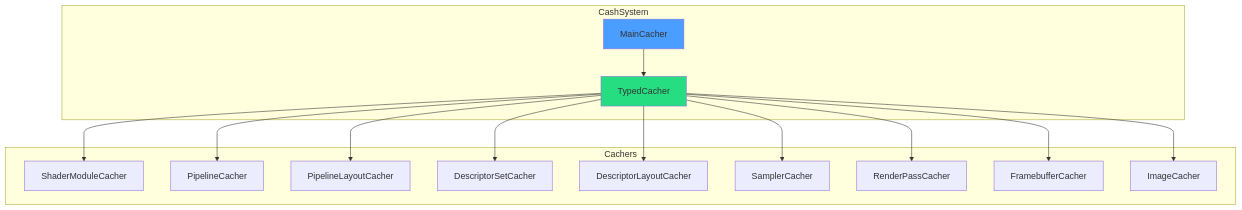
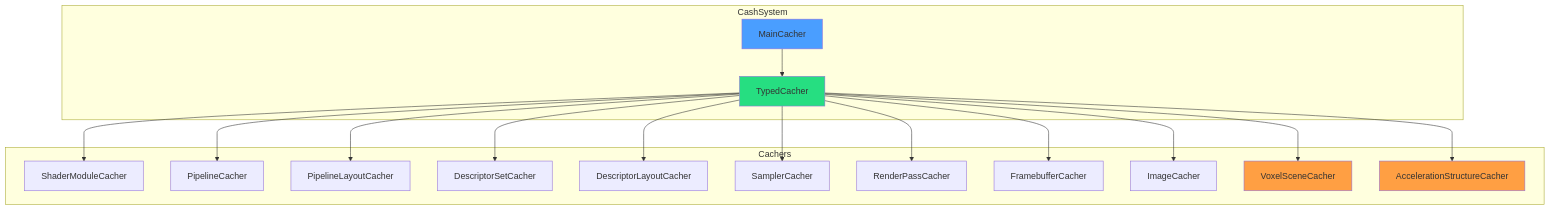
The first of 3 diagrams in VIXEN/Vixen-Docs/Libraries/CashSystem.md (Lint111/VBVS--VIXEN), drawn with Mermaid before and after one commit. The commit also changed other lines of this file and 6 other files, not shown here.

Commit message:
feat(Hardware RT): Finalize cacher integration for voxel scene and acceleration structures

````diff
--- a/VIXEN/Vixen-Docs/Libraries/CashSystem.md
+++ b/VIXEN/Vixen-Docs/Libraries/CashSystem.md
@@ -20,33 +20,39 @@
 ```mermaid
 flowchart TB
     subgraph CashSystem
         MC[MainCacher]
-        TC[TypedCacher<T>]
+        TC[TypedCacher]
     end
 
     subgraph Cachers
         SMC[ShaderModuleCacher]
         PC[PipelineCacher]
         PLC[PipelineLayoutCacher]
         DSC[DescriptorSetCacher]
         DLC[DescriptorLayoutCacher]
         SPC[SamplerCacher]
         RPC[RenderPassCacher]
         FBC[FramebufferCacher]
         IC[ImageCacher]
+        VSC[VoxelSceneCacher]
+        ASC[AccelerationStructureCacher]
     end
 
     MC --> TC
     TC --> SMC
     TC --> PC
     TC --> PLC
     TC --> DSC
     TC --> DLC
     TC --> SPC
     TC --> RPC
     TC --> FBC
     TC --> IC
+    TC --> VSC
+    TC --> ASC
 
     style MC fill:#4a9eff
     style TC fill:#26de81
+    style VSC fill:#ff9f43
+    style ASC fill:#ff9f43
 ```
````
